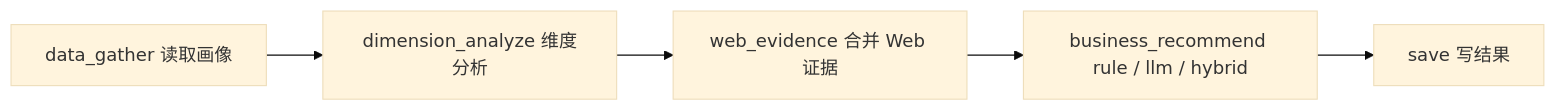
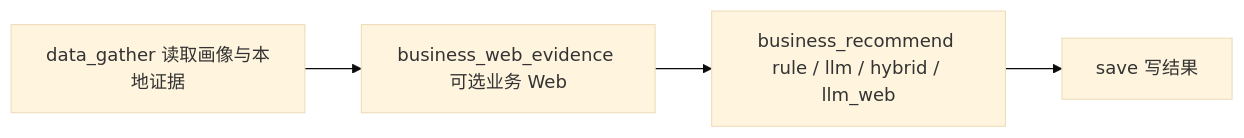
The second of 3 diagrams in docs/ARCHITECTURE.md (leeing/xft-dd), drawn with Mermaid (base theme) before and after one commit. The commit also changed other lines of this file and 5 other files, not shown here.

First line of the commit message:
📝 docs: update architecture and guides for indicator-level web search

````diff
--- a/docs/ARCHITECTURE.md
+++ b/docs/ARCHITECTURE.md
@@ -27,7 +39,6 @@
 ```mermaid
 flowchart LR
-    gather["data_gather 读取画像"] --> analyze["dimension_analyze 维度分析"]
-    analyze --> webnode["web_evidence 合并 Web 证据"]
-    webnode --> business["business_recommend rule / llm / hybrid"]
+    gather["data_gather 读取画像与本地证据"] --> web["business_web_evidence 可选业务 Web"]
+    web --> business["business_recommend rule / llm / hybrid / llm_web"]
     business --> save["save 写结果"]
 ```
````
